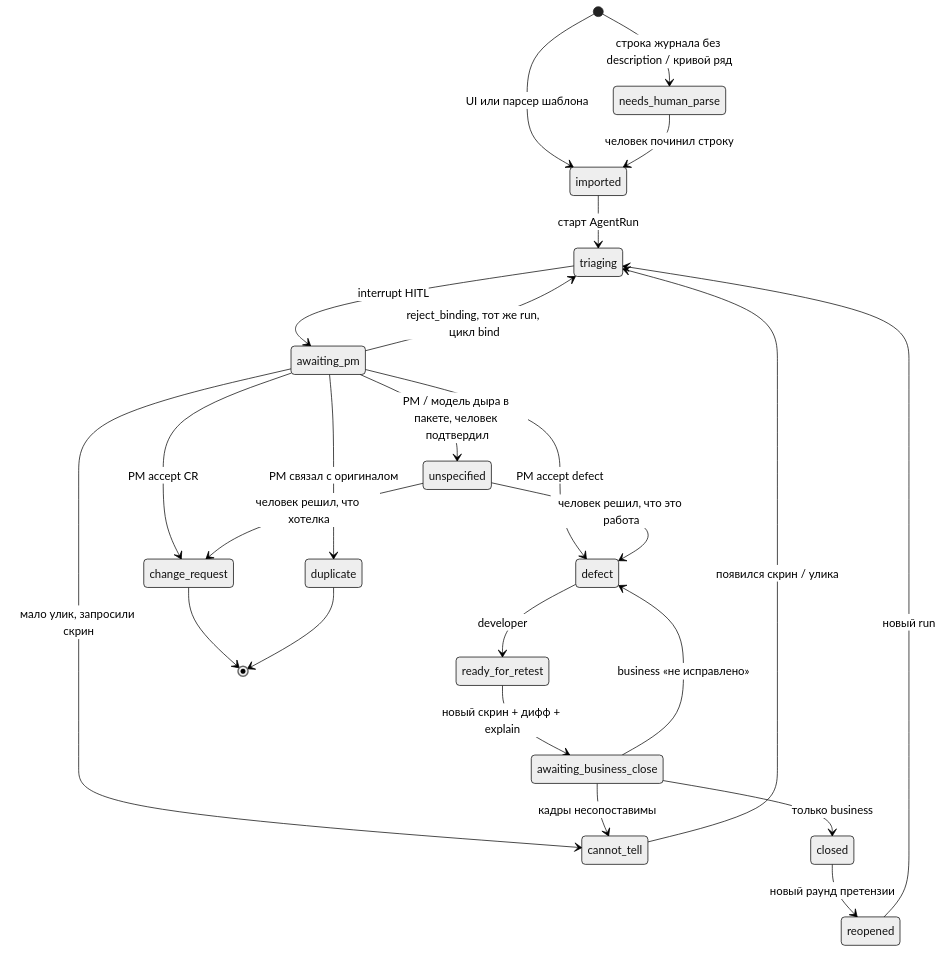
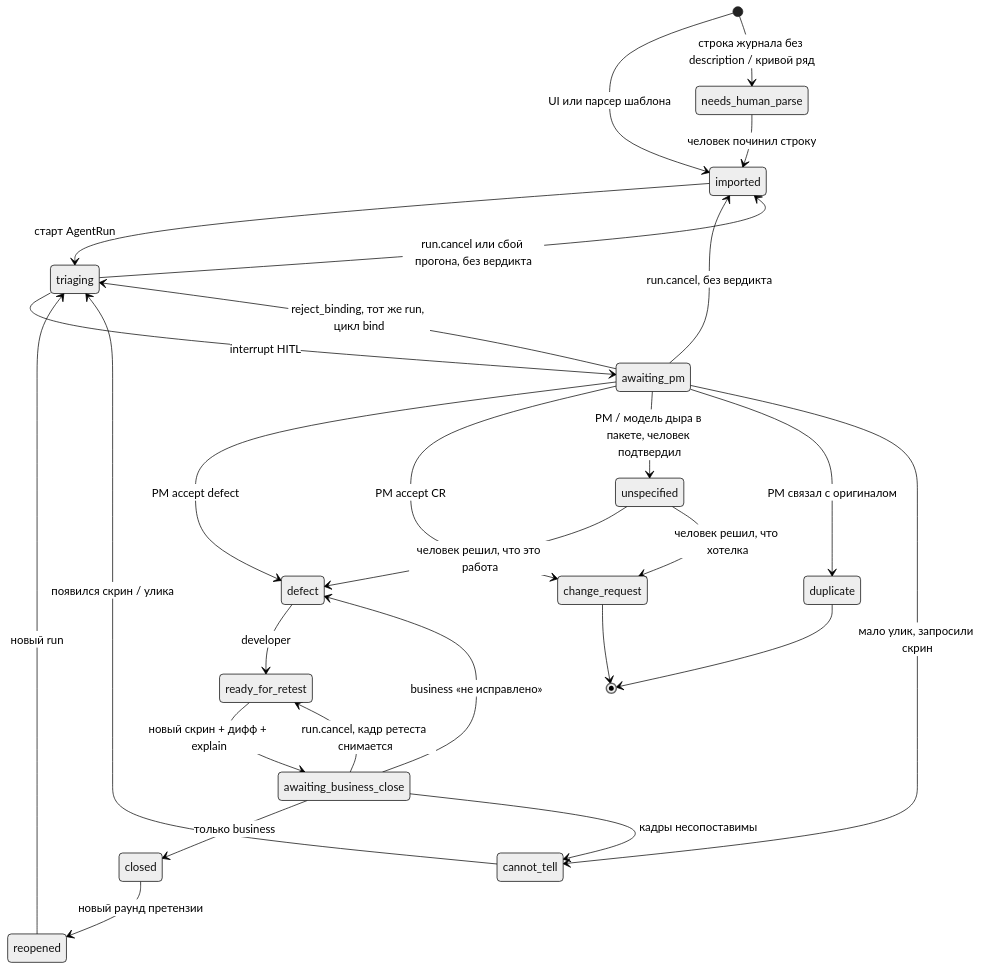
Before and after one commit to Dunenbetov/remark-round: the diagram in docs/STATUS.md, drawn with Mermaid (neutral theme). The commit also changed other lines of this file and 65 other files, not shown here.

````diff
--- a/docs/STATUS.md
+++ b/docs/STATUS.md
@@ -17,31 +17,34 @@
 ```mermaid
 stateDiagram-v2
   [*] --> imported: UI или парсер шаблона
   [*] --> needs_human_parse: строка журнала без description / кривой ряд
 
   needs_human_parse --> imported: человек починил строку
   imported --> triaging: старт AgentRun
   triaging --> awaiting_pm: interrupt HITL
 
   awaiting_pm --> defect: PM accept defect
   awaiting_pm --> change_request: PM accept CR
   awaiting_pm --> unspecified: PM / модель дыра в пакете, человек подтвердил
   awaiting_pm --> duplicate: PM связал с оригиналом
   awaiting_pm --> cannot_tell: мало улик, запросили скрин
   awaiting_pm --> triaging: reject_binding, тот же run, цикл bind
+  triaging --> imported: run.cancel или сбой прогона, без вердикта
+  awaiting_pm --> imported: run.cancel, без вердикта
 
   cannot_tell --> triaging: появился скрин / улика
   unspecified --> defect: человек решил, что это работа
   unspecified --> change_request: человек решил, что хотелка
 
   defect --> ready_for_retest: developer
   ready_for_retest --> awaiting_business_close: новый скрин + дифф + explain
   awaiting_business_close --> closed: только business
   awaiting_business_close --> defect: business «не исправлено»
   awaiting_business_close --> cannot_tell: кадры несопоставимы
+  awaiting_business_close --> ready_for_retest: run.cancel, кадр ретеста снимается
 
   closed --> reopened: новый раунд претензии
   reopened --> triaging: новый run
   change_request --> [*]
   duplicate --> [*]
 ```
````
